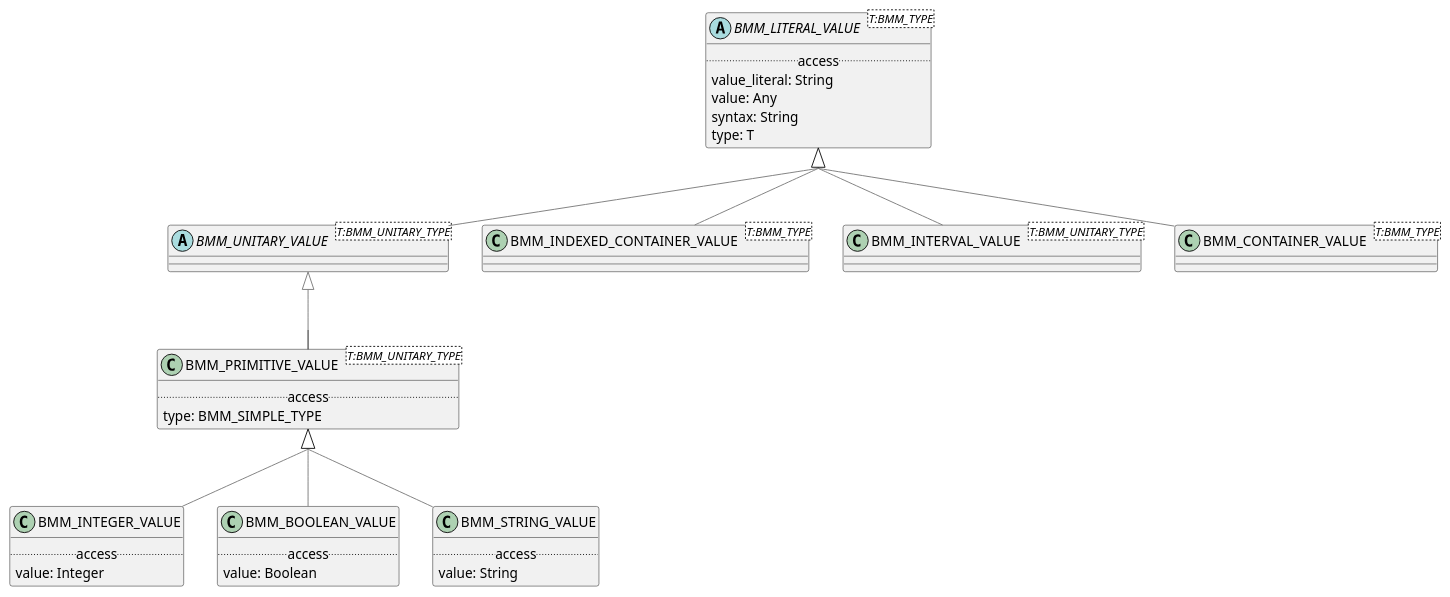
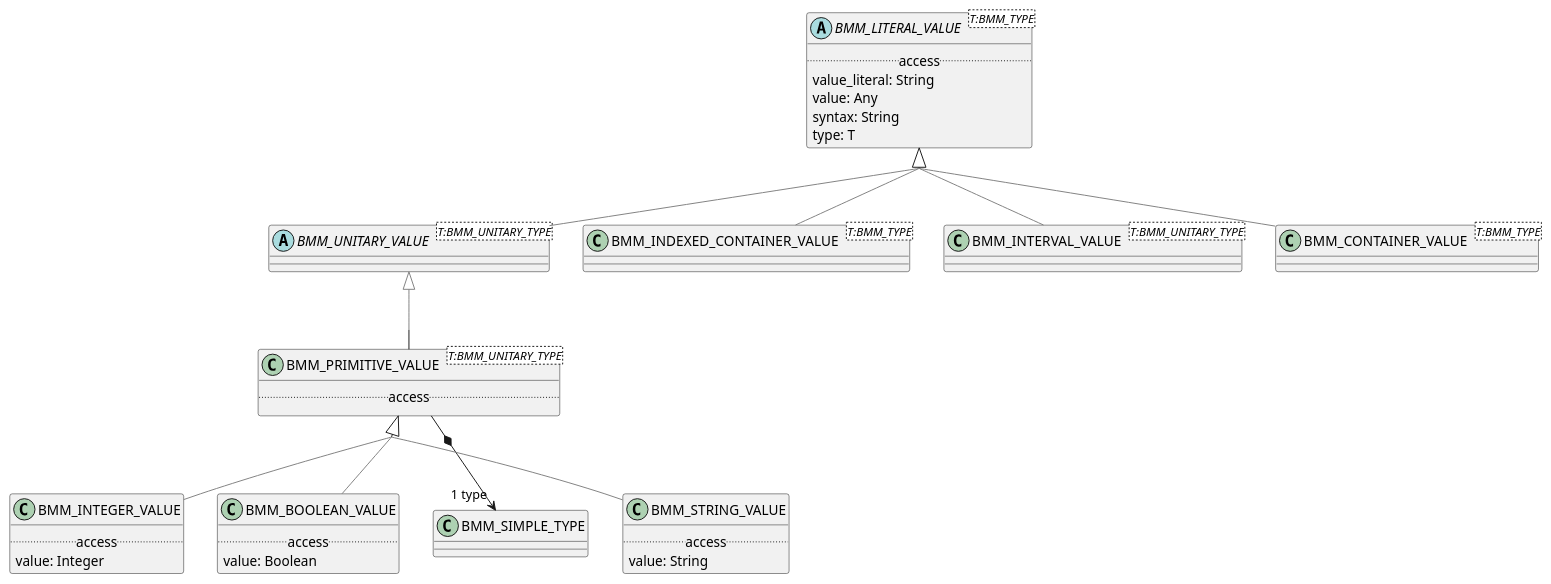
Before and after one commit to wolandscat/openehr-doc: the diagram in modules/ROOT/examples/bmm/languages/bmm/bmm_model/value/value-package-uml.adoc, drawn with PlantUML. The commit also changed 30 other files, not shown here.

```diff
--- a/modules/ROOT/examples/bmm/languages/bmm/bmm_model/value/value-package-uml.adoc
+++ b/modules/ROOT/examples/bmm/languages/bmm/bmm_model/value/value-package-uml.adoc
@@ -3,72 +3,73 @@
 [plantuml,opts=interactive,link=self]
 ....
 skinparam groupInheritance 2
 skinparam citedClassColor #FDFDFD
 
 
 class BMM_INTEGER_VALUE [[/openehr-doc/latest/languages/bmm-gen.html#_class_bmm_integer_value]] {
         .. access ..
         value: Integer
 }
 
 BMM_INTEGER_VALUE -[#gray]up-|> BMM_PRIMITIVE_VALUE  
 
 
 abstract class BMM_LITERAL_VALUE<T:BMM_TYPE> [[/openehr-doc/latest/languages/bmm-gen.html#_class_bmm_literal_value]] {
         .. access ..
         value_literal: String
         value: Any
         syntax: String
         type: T
 }
 
 
 abstract class BMM_UNITARY_VALUE<T:BMM_UNITARY_TYPE> [[/openehr-doc/latest/languages/bmm-gen.html#_class_bmm_unitary_value]] {
 }
 
 BMM_UNITARY_VALUE -[#gray]up-|> BMM_LITERAL_VALUE  
 
 
 class BMM_INDEXED_CONTAINER_VALUE<T:BMM_TYPE> [[/openehr-doc/latest/languages/bmm-gen.html#_class_bmm_indexed_container_value]] {
 }
 
 BMM_INDEXED_CONTAINER_VALUE -[#gray]up-|> BMM_LITERAL_VALUE  
 
 
 class BMM_BOOLEAN_VALUE [[/openehr-doc/latest/languages/bmm-gen.html#_class_bmm_boolean_value]] {
         .. access ..
         value: Boolean
 }
 
 BMM_BOOLEAN_VALUE -[#gray]up-|> BMM_PRIMITIVE_VALUE  
 
 
 class BMM_PRIMITIVE_VALUE<T:BMM_UNITARY_TYPE> [[/openehr-doc/latest/languages/bmm-gen.html#_class_bmm_primitive_value]] {
         .. access ..
-        type: BMM_SIMPLE_TYPE
 }
 
 BMM_PRIMITIVE_VALUE -[#gray]up-|> BMM_UNITARY_VALUE  
 
+
+BMM_PRIMITIVE_VALUE *--> "1 type" BMM_SIMPLE_TYPE
 
 class BMM_INTERVAL_VALUE<T:BMM_UNITARY_TYPE> [[/openehr-doc/latest/languages/bmm-gen.html#_class_bmm_interval_value]] {
 }
 
 BMM_INTERVAL_VALUE -[#gray]up-|> BMM_LITERAL_VALUE  
 
 
 class BMM_CONTAINER_VALUE<T:BMM_TYPE> [[/openehr-doc/latest/languages/bmm-gen.html#_class_bmm_container_value]] {
 }
 
 BMM_CONTAINER_VALUE -[#gray]up-|> BMM_LITERAL_VALUE  
 
 
 class BMM_STRING_VALUE [[/openehr-doc/latest/languages/bmm-gen.html#_class_bmm_string_value]] {
         .. access ..
         value: String
 }
 
 BMM_STRING_VALUE -[#gray]up-|> BMM_PRIMITIVE_VALUE  
 
 
 ....
```
